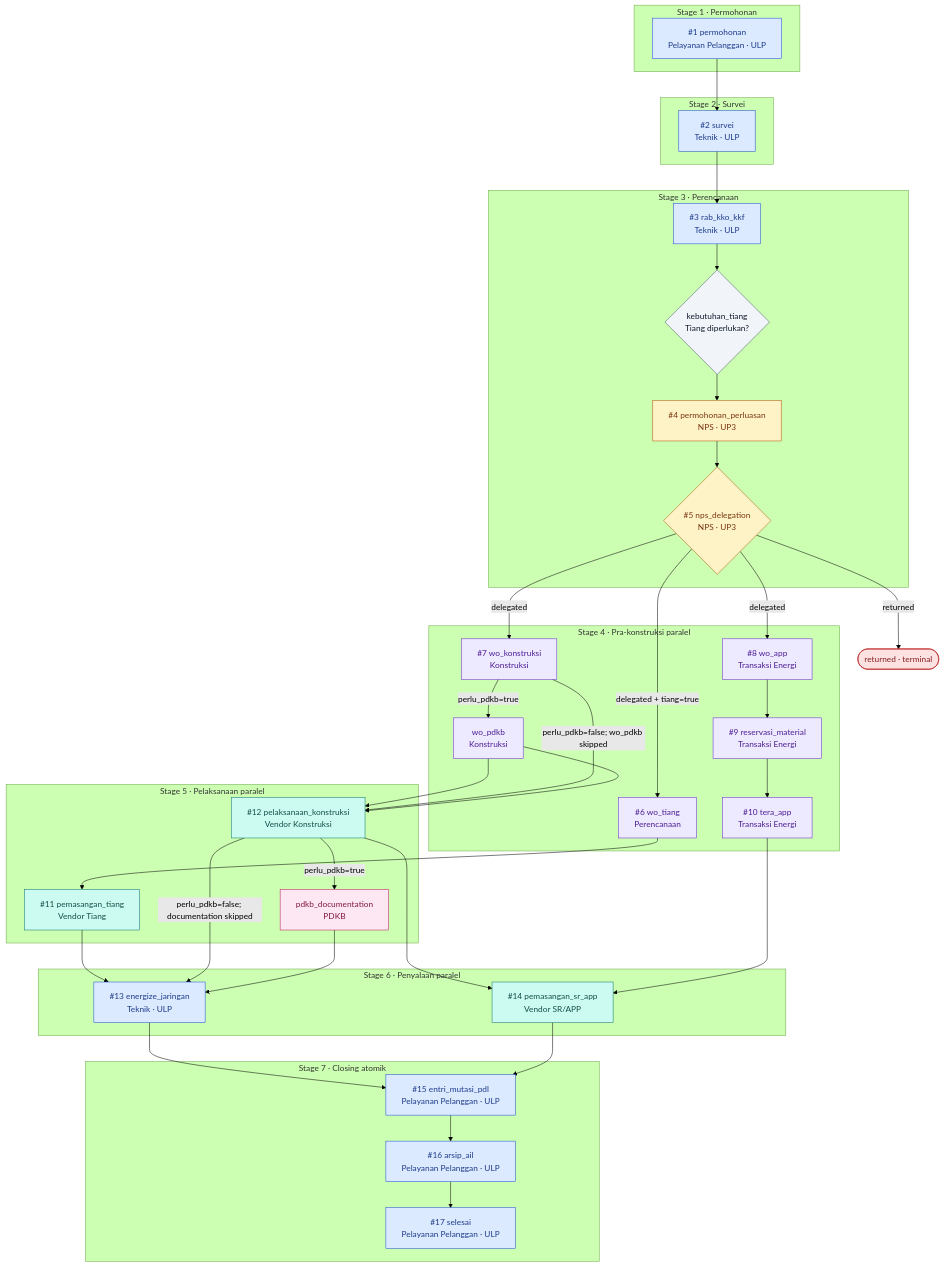
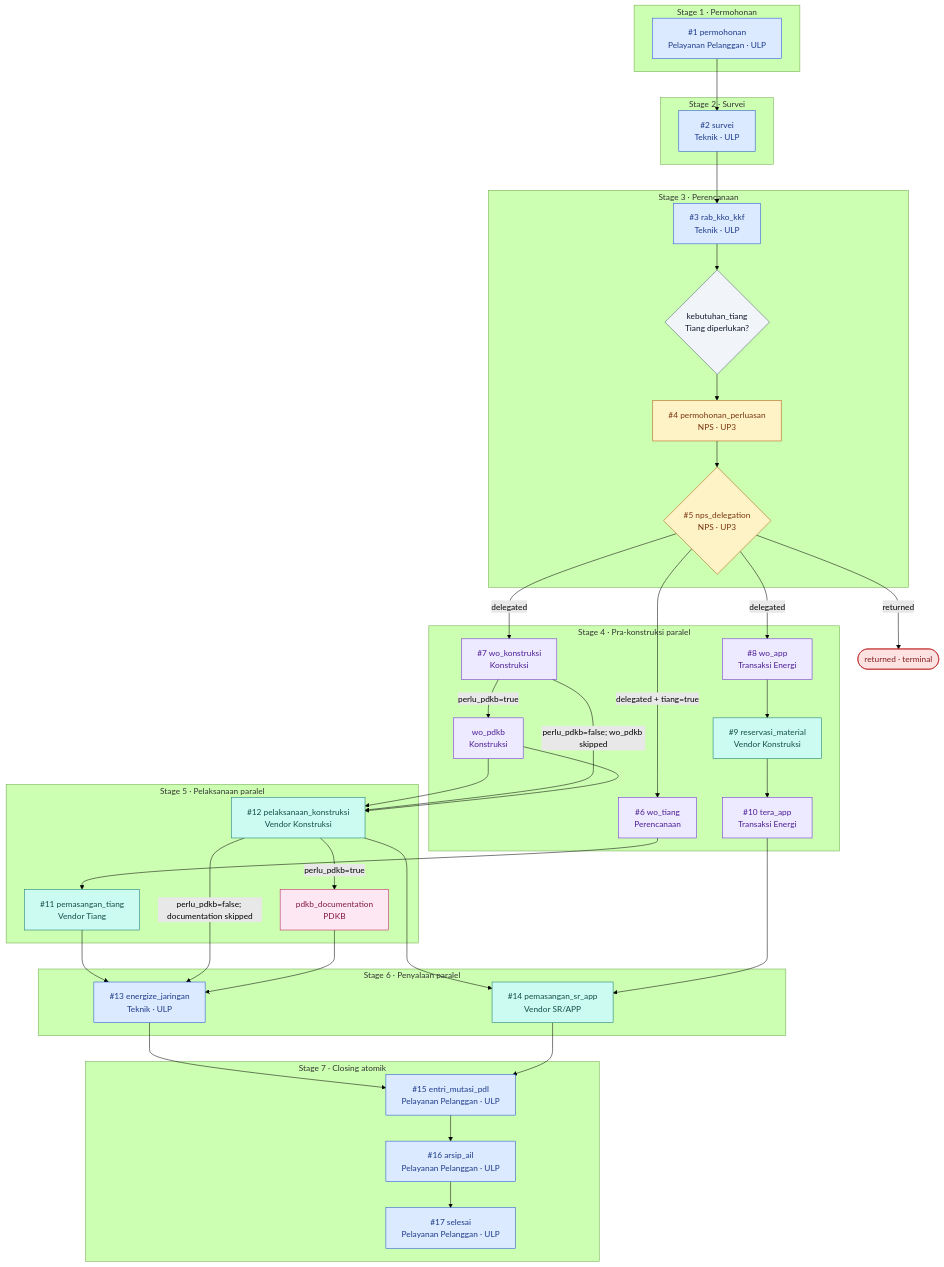
The diagram in docs/architecture/diagrams/01-workflow-jtr-jtm.md (pln-colabora/colabora-be), drawn with Mermaid (forest theme) before and after one commit. The commit also changed 20 other files, not shown here.

Commit message:
fix: rbac reservasi material move to vendor konstruksi

````diff
--- a/docs/architecture/diagrams/01-workflow-jtr-jtm.md
+++ b/docs/architecture/diagrams/01-workflow-jtr-jtm.md
@@ -9,74 +9,75 @@
 ```mermaid
 flowchart TD
   classDef ulp fill:#dbeafe,stroke:#1d4ed8,color:#1e3a8a
   classDef up3 fill:#ede9fe,stroke:#6d28d9,color:#4c1d95
   classDef nps fill:#fef3c7,stroke:#b45309,color:#78350f
   classDef vendor fill:#ccfbf1,stroke:#0f766e,color:#134e4a
   classDef pdkb fill:#fce7f3,stroke:#be185d,color:#831843
   classDef decision fill:#f1f5f9,stroke:#475569,color:#0f172a
   classDef terminal fill:#fee2e2,stroke:#b91c1c,color:#7f1d1d
 
   subgraph S1["Stage 1 · Permohonan"]
     permohonan["#1 permohonan<br/>Pelayanan Pelanggan · ULP"]
   end
   subgraph S2["Stage 2 · Survei"]
     survei["#2 survei<br/>Teknik · ULP"]
   end
   subgraph S3["Stage 3 · Perencanaan"]
     rab_kko_kkf["#3 rab_kko_kkf<br/>Teknik · ULP"]
     kebutuhan_tiang{"kebutuhan_tiang<br/>Tiang diperlukan?"}
     permohonan_perluasan["#4 permohonan_perluasan<br/>NPS · UP3"]
     nps_delegation{"#5 nps_delegation<br/>NPS · UP3"}
   end
   subgraph S4["Stage 4 · Pra-konstruksi paralel"]
     wo_tiang["#6 wo_tiang<br/>Perencanaan"]
     wo_konstruksi["#7 wo_konstruksi<br/>Konstruksi"]
     wo_pdkb["wo_pdkb<br/>Konstruksi"]
     wo_app["#8 wo_app<br/>Transaksi Energi"]
-    reservasi_material["#9 reservasi_material<br/>Transaksi Energi"]
+    reservasi_material["#9 reservasi_material<br/>Vendor Konstruksi"]
     tera_app["#10 tera_app<br/>Transaksi Energi"]
   end
   subgraph S5["Stage 5 · Pelaksanaan paralel"]
     pemasangan_tiang["#11 pemasangan_tiang<br/>Vendor Tiang"]
     pelaksanaan_konstruksi["#12 pelaksanaan_konstruksi<br/>Vendor Konstruksi"]
     pdkb_documentation["pdkb_documentation<br/>PDKB"]
   end
   subgraph S6["Stage 6 · Penyalaan paralel"]
     energize_jaringan["#13 energize_jaringan<br/>Teknik · ULP"]
     pemasangan_sr_app["#14 pemasangan_sr_app<br/>Vendor SR/APP"]
   end
   subgraph S7["Stage 7 · Closing atomik"]
     entri_mutasi_pdl["#15 entri_mutasi_pdl<br/>Pelayanan Pelanggan · ULP"]
     arsip_ail["#16 arsip_ail<br/>Pelayanan Pelanggan · ULP"]
     selesai["#17 selesai<br/>Pelayanan Pelanggan · ULP"]
   end
   returned(["returned · terminal"])
 
   permohonan --> survei --> rab_kko_kkf --> kebutuhan_tiang --> permohonan_perluasan --> nps_delegation
   nps_delegation -->|returned| returned
   nps_delegation -->|delegated + tiang=true| wo_tiang
   nps_delegation -->|delegated| wo_konstruksi
   nps_delegation -->|delegated| wo_app
   wo_tiang --> pemasangan_tiang
   wo_konstruksi -->|perlu_pdkb=true| wo_pdkb --> pelaksanaan_konstruksi
   wo_konstruksi -->|perlu_pdkb=false; wo_pdkb skipped| pelaksanaan_konstruksi
   wo_pdkb --> pelaksanaan_konstruksi
   wo_app --> reservasi_material --> tera_app
   pemasangan_tiang --> energize_jaringan
   pelaksanaan_konstruksi -->|perlu_pdkb=true| pdkb_documentation
   pelaksanaan_konstruksi -->|perlu_pdkb=false; documentation skipped| energize_jaringan
   pdkb_documentation --> energize_jaringan
   pelaksanaan_konstruksi --> pemasangan_sr_app
   tera_app --> pemasangan_sr_app
   energize_jaringan --> entri_mutasi_pdl
   pemasangan_sr_app --> entri_mutasi_pdl
   entri_mutasi_pdl --> arsip_ail --> selesai
 
   class permohonan,survei,rab_kko_kkf,energize_jaringan,entri_mutasi_pdl,arsip_ail,selesai ulp
-  class wo_tiang,wo_konstruksi,wo_pdkb,wo_app,reservasi_material,tera_app up3
+  class wo_tiang,wo_konstruksi,wo_pdkb,wo_app,tera_app up3
+  class reservasi_material vendor
   class permohonan_perluasan,nps_delegation nps
   class pemasangan_tiang,pelaksanaan_konstruksi,pemasangan_sr_app vendor
   class pdkb_documentation pdkb
   class kebutuhan_tiang decision
   class returned terminal
 ```
````
